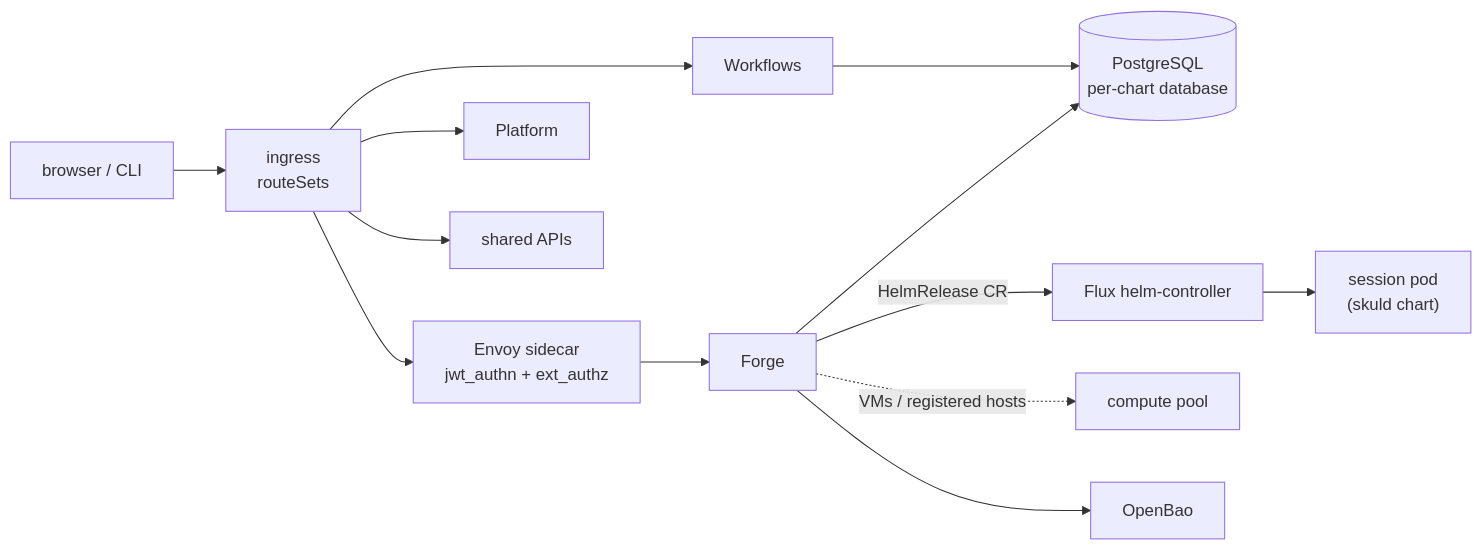
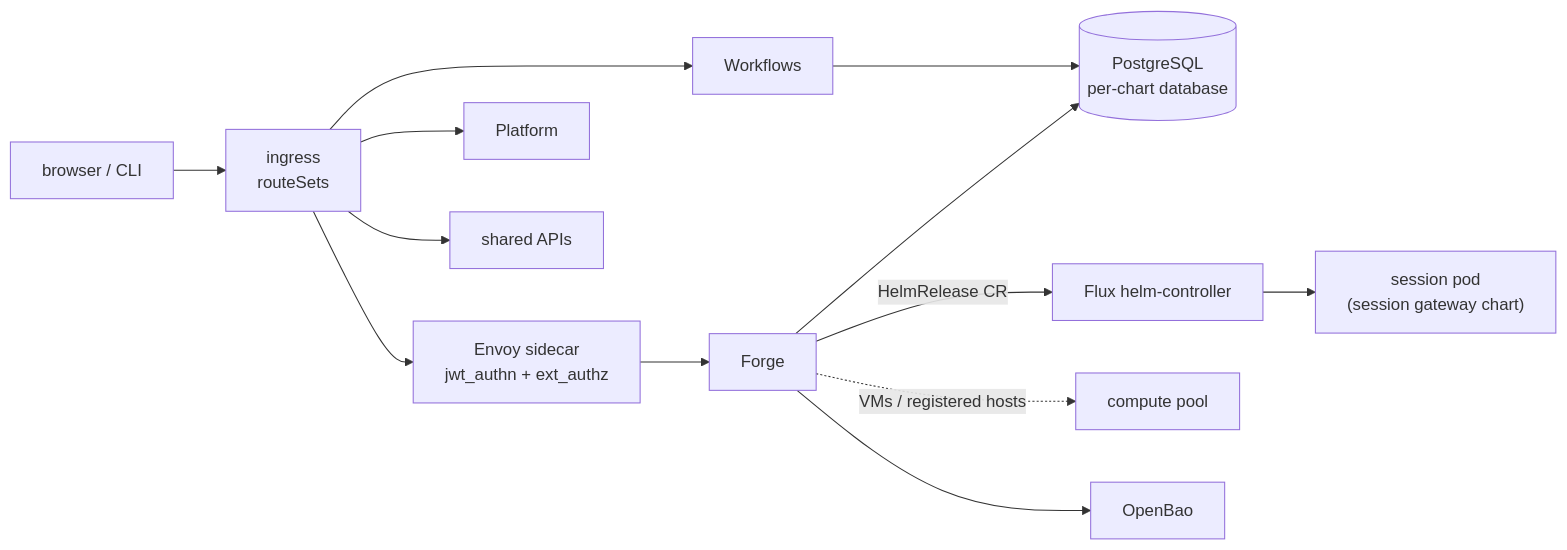
Before and after one commit to niuulabs/niuu: the diagram in docs/site/architecture/deployment/kubernetes.md, drawn with Mermaid. The commit also changed other lines of this file and 65 other files, not shown here.

````diff
--- a/docs/site/architecture/deployment/kubernetes.md
+++ b/docs/site/architecture/deployment/kubernetes.md
@@ -25,15 +25,15 @@
 ```mermaid
 flowchart LR
   U["browser / CLI"] --> IN["ingress<br/>routeSets"]
   IN --> E["Envoy sidecar<br/>jwt_authn + ext_authz"]
   E --> F["Forge"]
   IN --> G["Platform"]
   IN --> SH["shared APIs"]
   IN --> T["Workflows"]
   F --> DB[("PostgreSQL<br/>per-chart database")]
   T --> DB
   F -- "HelmRelease CR" --> FX["Flux helm-controller"]
-  FX --> S["session pod<br/>(skuld chart)"]
+  FX --> S["session pod<br/>(session gateway chart)"]
   F -. "VMs / registered hosts" .-> C["compute pool"]
   F --> OB["OpenBao"]
 ```
````
